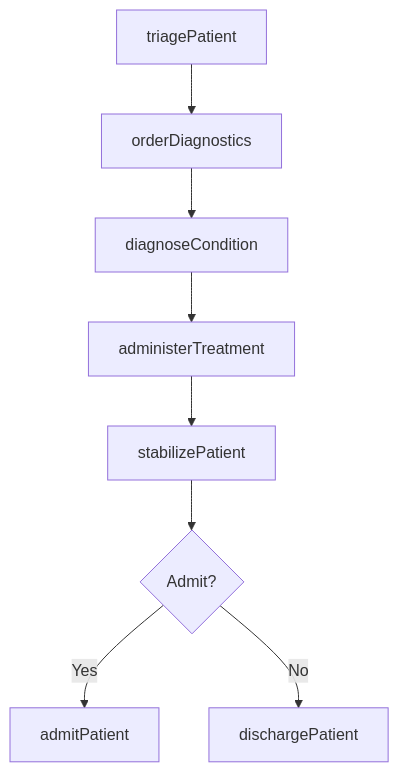
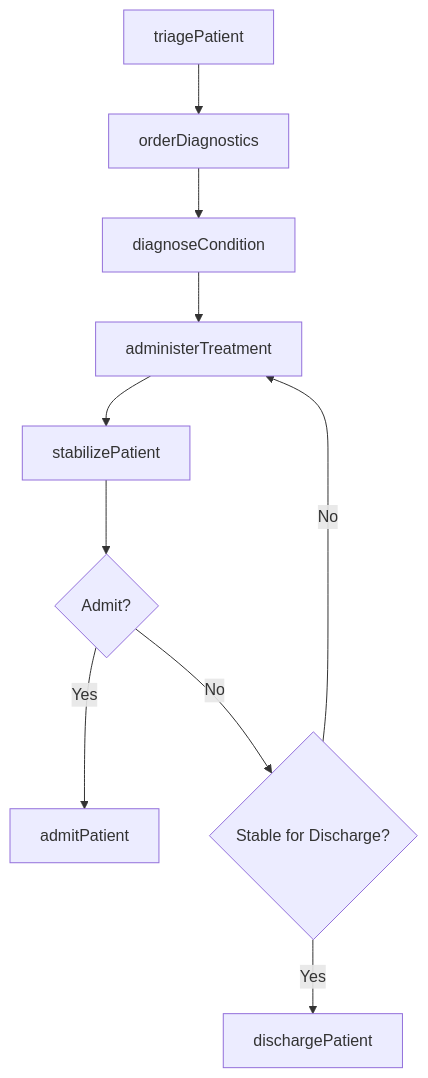
Before and after one commit to dot-org-ai/tasks.org.ai: the third of 4 diagrams in AssistingAndCaringForOthers/TreatInjuriesIllnessesOrDiseases/TreatAcuteIllnessesInfectionsInjuries.mdx, drawn with Mermaid. The commit also changed other lines of this file and 504 other files, not shown here.

First line of the commit message:
feat: Add ER diagrams, state diagrams, and workflow improvements to 96 DWA task files

````diff
--- a/AssistingAndCaringForOthers/TreatInjuriesIllnessesOrDiseases/TreatAcuteIllnessesInfectionsInjuries.mdx
+++ b/AssistingAndCaringForOthers/TreatInjuriesIllnessesOrDiseases/TreatAcuteIllnessesInfectionsInjuries.mdx
@@ -87,10 +115,12 @@
 ```mermaid
 graph TD
     A[triagePatient] --> B[orderDiagnostics]
     B --> C[diagnoseCondition]
     C --> D[administerTreatment]
     D --> E[stabilizePatient]
     E --> F{Admit?}
     F -->|Yes| G[admitPatient]
-    F -->|No| H[dischargePatient]
+    F -->|No| H{Stable for Discharge?}
+    H -->|Yes| I[dischargePatient]
+    H -->|No| D
 ```
````
